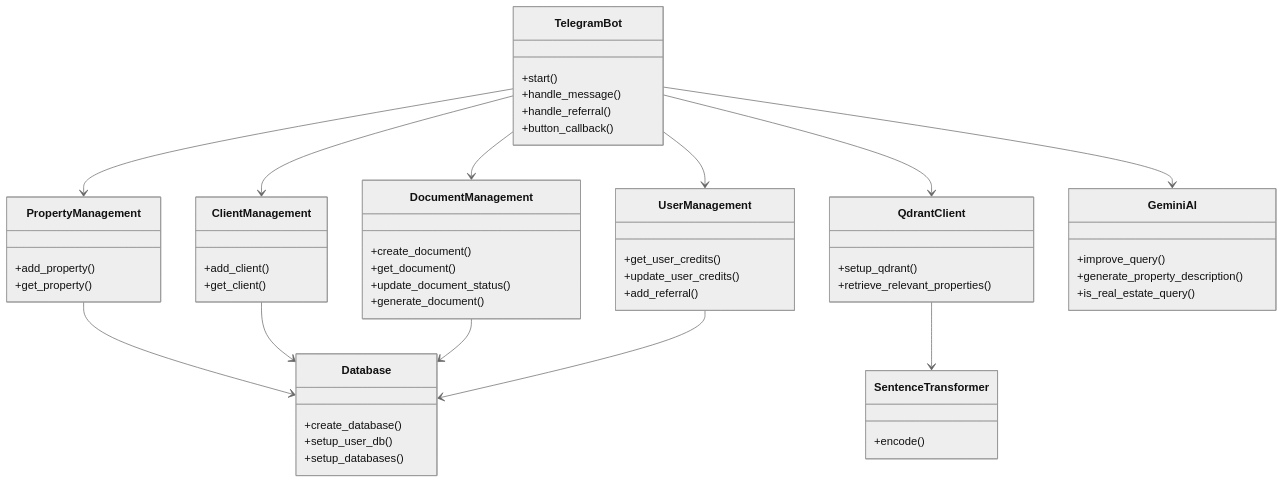
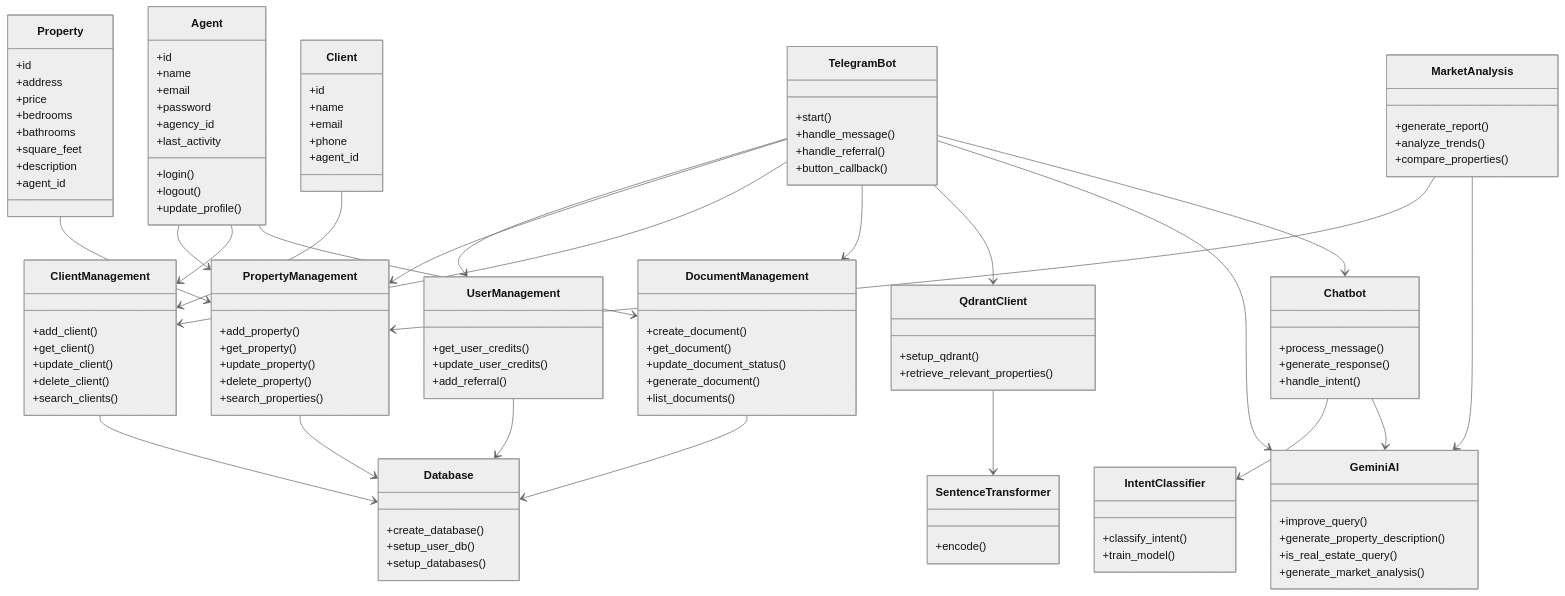
One commit to bekhruzbekRakhmonov/beda_top_bot changed the diagram in README.md. Above: the diagram before and after it, drawn with Mermaid (neutral theme).

Commit message:
readme uml updated

````diff
--- a/README.md
+++ b/README.md
@@ -88,5 +88,12 @@
 ```mermaid
 classDiagram
+    class TelegramBot {
+        +start()
+        +handle_message()
+        +handle_referral()
+        +button_callback()
+    }
+
     class Database {
         +create_database()
         +setup_user_db()
@@ -102,13 +109,6 @@
         +encode()
     }
 
-    class TelegramBot {
-        +start()
-        +handle_message()
-        +handle_referral()
-        +button_callback()
-    }
-
     class UserManagement {
         +get_user_credits()
         +update_user_credits()
@@ -118,11 +118,17 @@
     class PropertyManagement {
         +add_property()
         +get_property()
+        +update_property()
+        +delete_property()
+        +search_properties()
     }
 
     class ClientManagement {
         +add_client()
         +get_client()
+        +update_client()
+        +delete_client()
+        +search_clients()
     }
 
     class DocumentManagement {
@@ -130,12 +136,62 @@
         +get_document()
         +update_document_status()
         +generate_document()
+        +list_documents()
     }
 
     class GeminiAI {
         +improve_query()
         +generate_property_description()
         +is_real_estate_query()
+        +generate_market_analysis()
+    }
+
+    class Agent {
+        +id
+        +name
+        +email
+        +password
+        +agency_id
+        +last_activity
+        +login()
+        +logout()
+        +update_profile()
+    }
+
+    class Property {
+        +id
+        +address
+        +price
+        +bedrooms
+        +bathrooms
+        +square_feet
+        +description
+        +agent_id
+    }
+
+    class Client {
+        +id
+        +name
+        +email
+        +phone
+        +agent_id
+    }
+
+    class Chatbot {
+        +process_message()
+        +generate_response()
+        +handle_intent()
+    }
+
+    class IntentClassifier {
+        +classify_intent()
+        +train_model()
+    }
+
+    class MarketAnalysis {
+        +generate_report()
+        +analyze_trends()
+        +compare_properties()
     }
 
     TelegramBot --> UserManagement
@@ -144,9 +200,19 @@
     TelegramBot --> DocumentManagement
     TelegramBot --> QdrantClient
     TelegramBot --> GeminiAI
+    TelegramBot --> Chatbot
     QdrantClient --> SentenceTransformer
     PropertyManagement --> Database
     ClientManagement --> Database
     DocumentManagement --> Database
     UserManagement --> Database
+    Agent --> PropertyManagement
+    Agent --> ClientManagement
+    Agent --> DocumentManagement
+    Property --> PropertyManagement
+    Client --> ClientManagement
+    Chatbot --> IntentClassifier
+    Chatbot --> GeminiAI
+    MarketAnalysis --> PropertyManagement
+    MarketAnalysis --> GeminiAI
 ```
````
